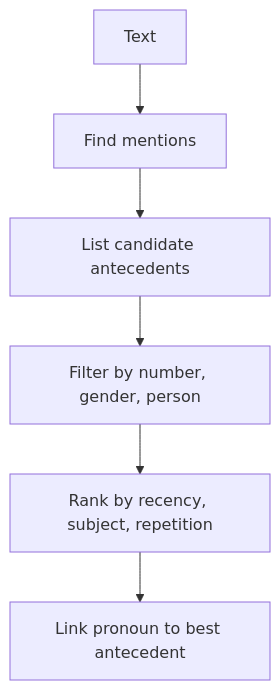
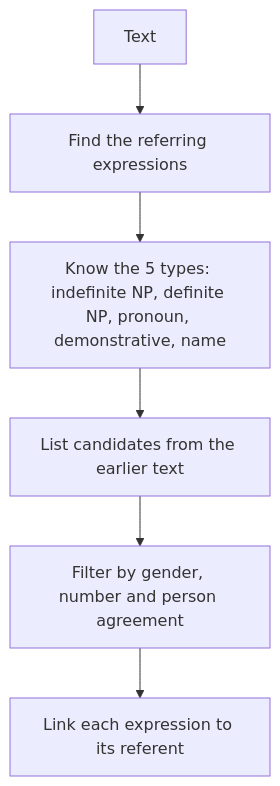
The diagram in content/natural-language-processing/pyq/2024-12/q4a.mdx (TrendySloth1001/sem-seven-notes), drawn with Mermaid before and after one commit. The commit also changed other lines of this file and 406 other files, not shown here.

````diff
--- a/content/natural-language-processing/pyq/2024-12/q4a.mdx
+++ b/content/natural-language-processing/pyq/2024-12/q4a.mdx
@@ -27,9 +11,9 @@
 ```mermaid
-%% caption: Steps of pronoun resolution. Constraints remove impossible candidates; preferences choose the best of those left.
+%% caption: The reference resolution problem: expressions in, links out.
 flowchart TD
-  A["Text"] --> B["Find mentions"]
-  B --> C["List candidate antecedents"]
-  C --> D["Filter by number, gender, person"]
-  D --> E["Rank by recency, subject, repetition"]
-  E --> F["Link pronoun to best antecedent"]
+  T["Text"] --> E["Find the referring expressions"]
+  E --> T5["Know the 5 types: indefinite NP, definite NP, pronoun, demonstrative, name"]
+  T5 --> C["List candidates from the earlier text"]
+  C --> F["Filter by gender, number and person agreement"]
+  F --> L["Link each expression to its referent"]
 ```
````
